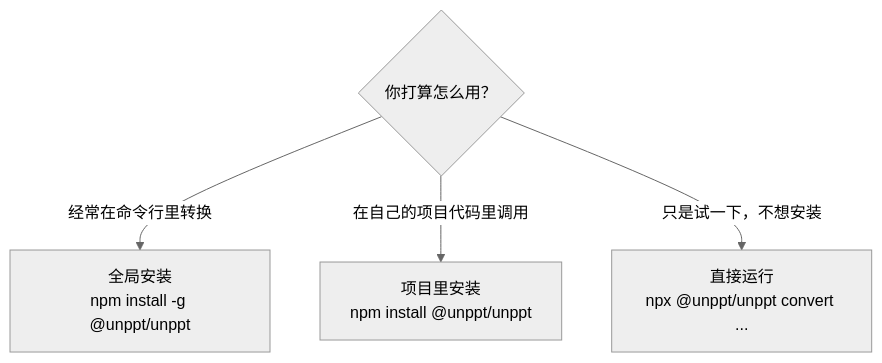
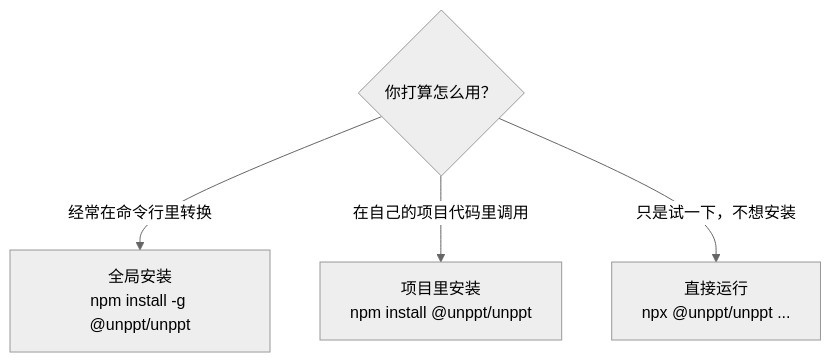
The second of 5 diagrams in docs/zh/getting-started.md (spitmaster/unppt), drawn with Mermaid (neutral theme) before and after one commit. The commit also changed other lines of this file and 24 other files, not shown here.

````diff
--- a/docs/zh/getting-started.md
+++ b/docs/zh/getting-started.md
@@ -55,6 +55,6 @@
 ```mermaid
 flowchart TD
   Q{"你打算怎么用？"} -->|"经常在命令行里转换"| G["全局安装<br/>npm install -g @unppt/unppt"]
   Q -->|"在自己的项目代码里调用"| L["项目里安装<br/>npm install @unppt/unppt"]
-  Q -->|"只是试一下，不想安装"| X["直接运行<br/>npx @unppt/unppt convert ..."]
+  Q -->|"只是试一下，不想安装"| X["直接运行<br/>npx @unppt/unppt ..."]
 ```
````
